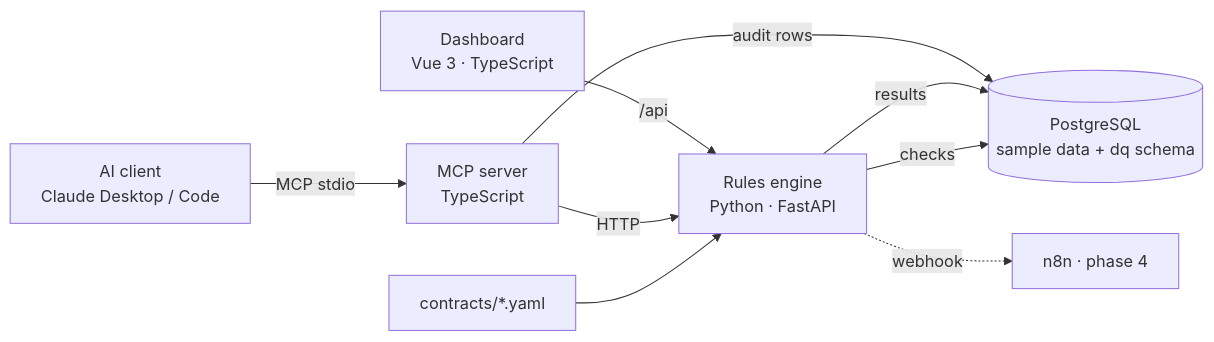
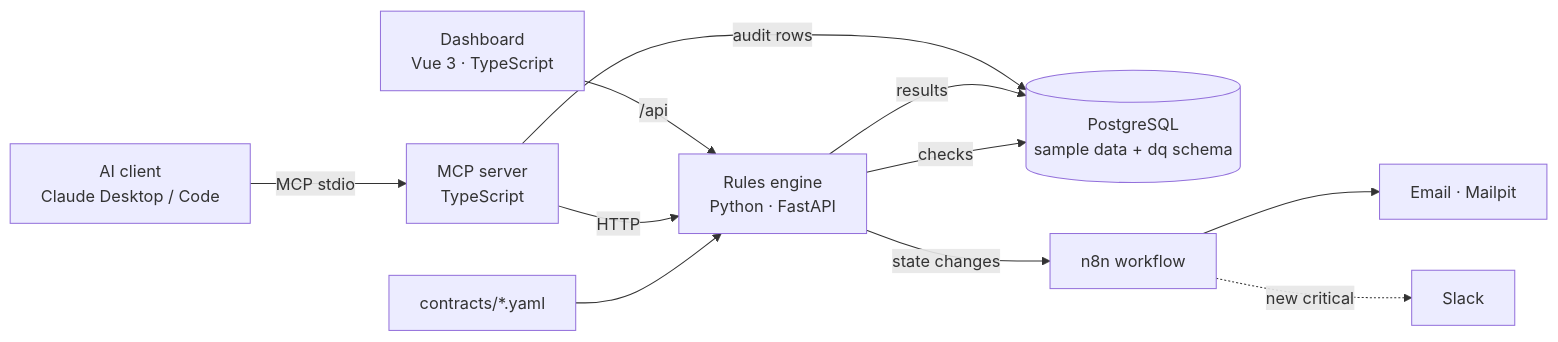
Before and after one commit to najeemmd111-cpu/dataguard: the diagram in README.md, drawn with Mermaid. The commit also changed other lines of this file and 11 other files, not shown here.

Commit message:
Phase 4: alerts on state changes with an n8n workflow and Mailpit

````diff
--- a/README.md
+++ b/README.md
@@ -16,11 +16,13 @@
 ```mermaid
 flowchart LR
   C[contracts/*.yaml] --> E[Rules engine<br/>Python · FastAPI]
   E -- checks --> PG[(PostgreSQL<br/>sample data + dq schema)]
   E -- results --> PG
   M[MCP server<br/>TypeScript] -- HTTP --> E
   M -- audit rows --> PG
   A[AI client<br/>Claude Desktop / Code] -- MCP stdio --> M
   D[Dashboard<br/>Vue 3 · TypeScript] -- /api --> E
-  E -. webhook .-> N[n8n · phase 4]
+  E -- state changes --> N[n8n workflow]
+  N --> MP[Email · Mailpit]
+  N -. new critical .-> SL[Slack]
 ```
````
